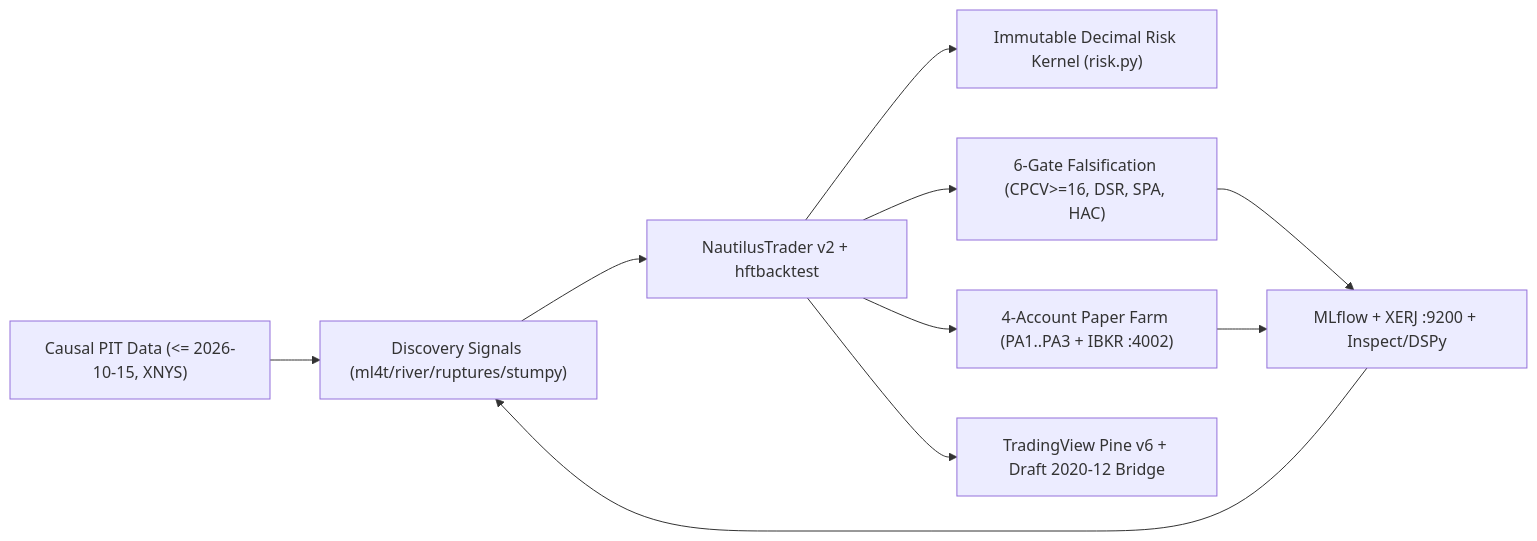
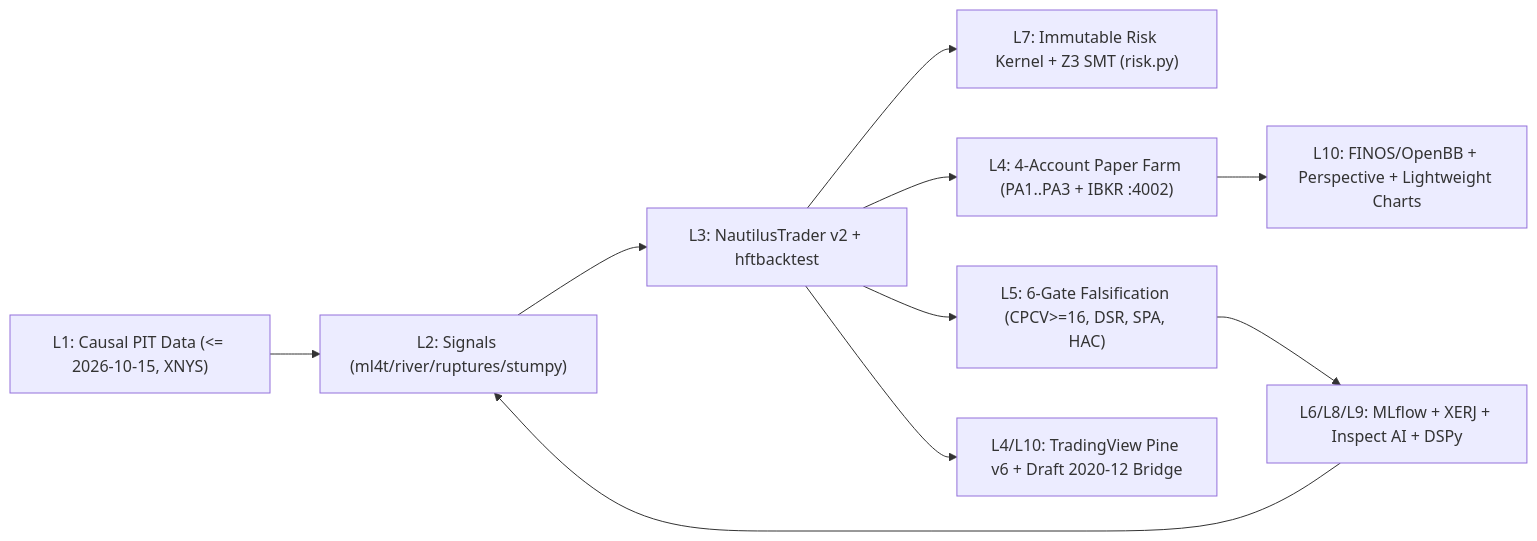
One commit to seathatflowsinourveins/noesis changed the diagram in docs/index.md. Above: the diagram before and after it, drawn with Mermaid. The commit also changed other lines of this file and 449 other files, not shown here.

````diff
--- a/docs/index.md
+++ b/docs/index.md
@@ -12,12 +12,12 @@
 ```mermaid
 flowchart LR
-    PIT["Causal PIT Data (<= 2026-10-15, XNYS)"] --> SIG["Discovery Signals (ml4t/river/ruptures/stumpy)"]
-    SIG --> ENG["NautilusTrader v2 + hftbacktest"]
-    ENG --> RSK["Immutable Decimal Risk Kernel (risk.py)"]
-    ENG --> VAL["6-Gate Falsification (CPCV>=16, DSR, SPA, HAC)"]
-    ENG --> PF["4-Account Paper Farm (PA1..PA3 + IBKR :4002)"]
-    ENG --> TV["TradingView Pine v6 + Draft 2020-12 Bridge"]
-    VAL --> COMP["MLflow + XERJ :9200 + Inspect/DSPy"]
-    PF --> COMP
+    PIT["L1: Causal PIT Data (<= 2026-10-15, XNYS)"] --> SIG["L2: Signals (ml4t/river/ruptures/stumpy)"]
+    SIG --> ENG["L3: NautilusTrader v2 + hftbacktest"]
+    ENG --> RSK["L7: Immutable Risk Kernel + Z3 SMT (risk.py)"]
+    ENG --> VAL["L5: 6-Gate Falsification (CPCV>=16, DSR, SPA, HAC)"]
+    ENG --> PF["L4: 4-Account Paper Farm (PA1..PA3 + IBKR :4002)"]
+    ENG --> TV["L4/L10: TradingView Pine v6 + Draft 2020-12 Bridge"]
+    VAL --> COMP["L6/L8/L9: MLflow + XERJ + Inspect AI + DSPy"]
+    PF --> UI["L10: FINOS/OpenBB + Perspective + Lightweight Charts"]
     COMP --> SIG
 ```
````
